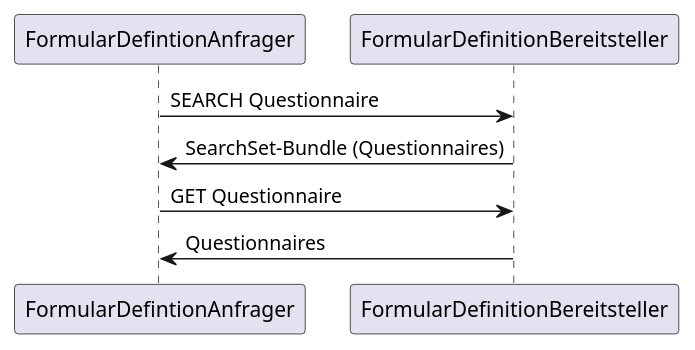
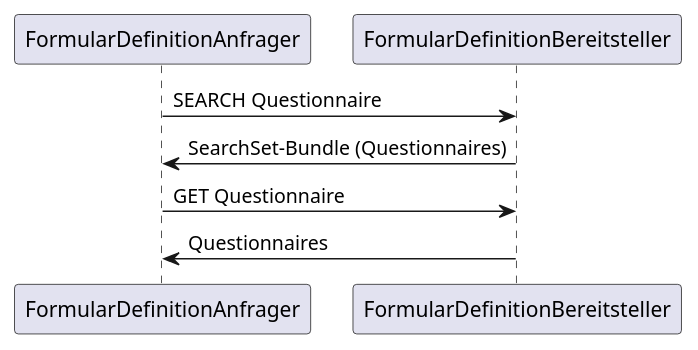
Before and after one commit to gematik/spec-ISiK-Basismodul: the diagram in guides/Formulare-5/Einführung/Spezifikation/FunktionenInteraktionen/FormularDefinitionsVerwaltung.page.md, drawn with PlantUML. The commit also changed other lines of this file and 23 other files, not shown here.

```diff
--- a/guides/Formulare-5/Einführung/Spezifikation/FunktionenInteraktionen/FormularDefinitionsVerwaltung.page.md
+++ b/guides/Formulare-5/Einführung/Spezifikation/FunktionenInteraktionen/FormularDefinitionsVerwaltung.page.md
@@ -10,6 +10,6 @@
 @startuml
-FormularDefintionAnfrager -> FormularDefinitionBereitsteller : SEARCH Questionnaire
-FormularDefinitionBereitsteller -> FormularDefintionAnfrager : SearchSet-Bundle (Questionnaires) 
-FormularDefintionAnfrager -> FormularDefinitionBereitsteller : GET Questionnaire
-FormularDefinitionBereitsteller -> FormularDefintionAnfrager : Questionnaires
+FormularDefinitionAnfrager -> FormularDefinitionBereitsteller : SEARCH Questionnaire
+FormularDefinitionBereitsteller -> FormularDefinitionAnfrager : SearchSet-Bundle (Questionnaires) 
+FormularDefinitionAnfrager -> FormularDefinitionBereitsteller : GET Questionnaire
+FormularDefinitionBereitsteller -> FormularDefinitionAnfrager : Questionnaires
 @enduml
```
